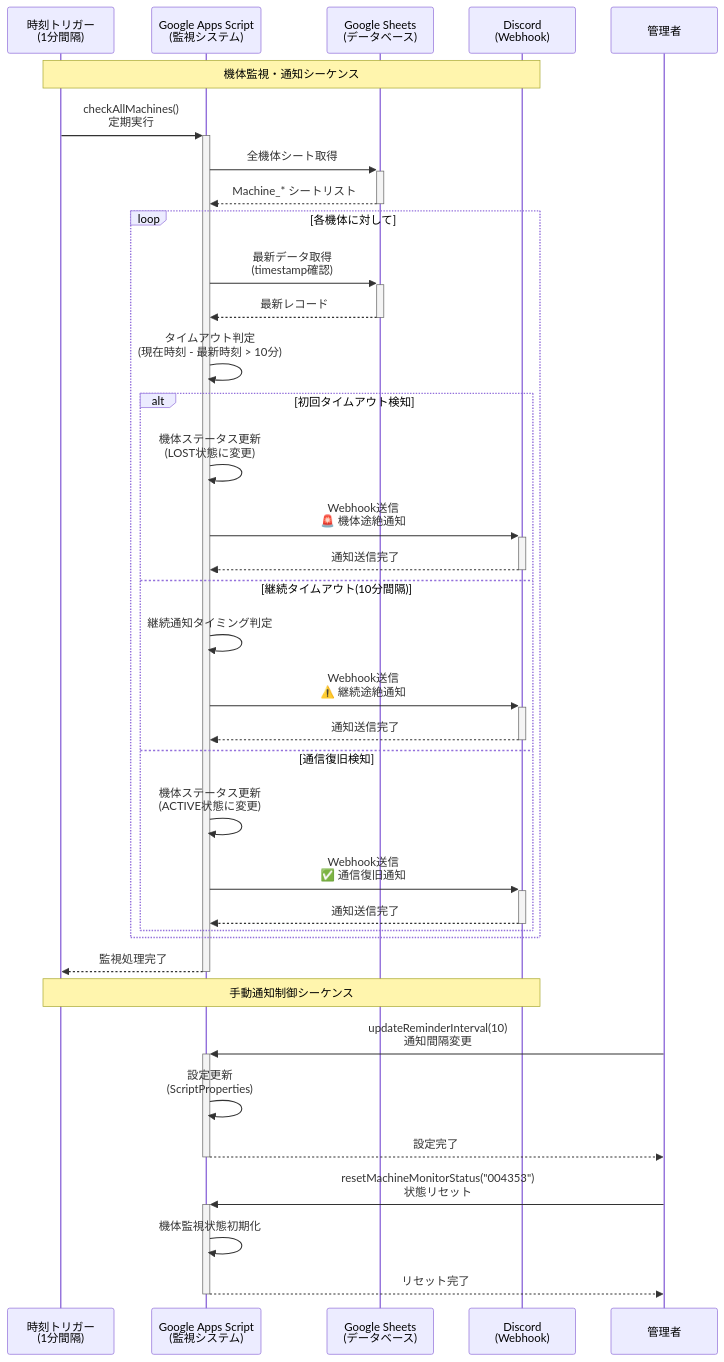
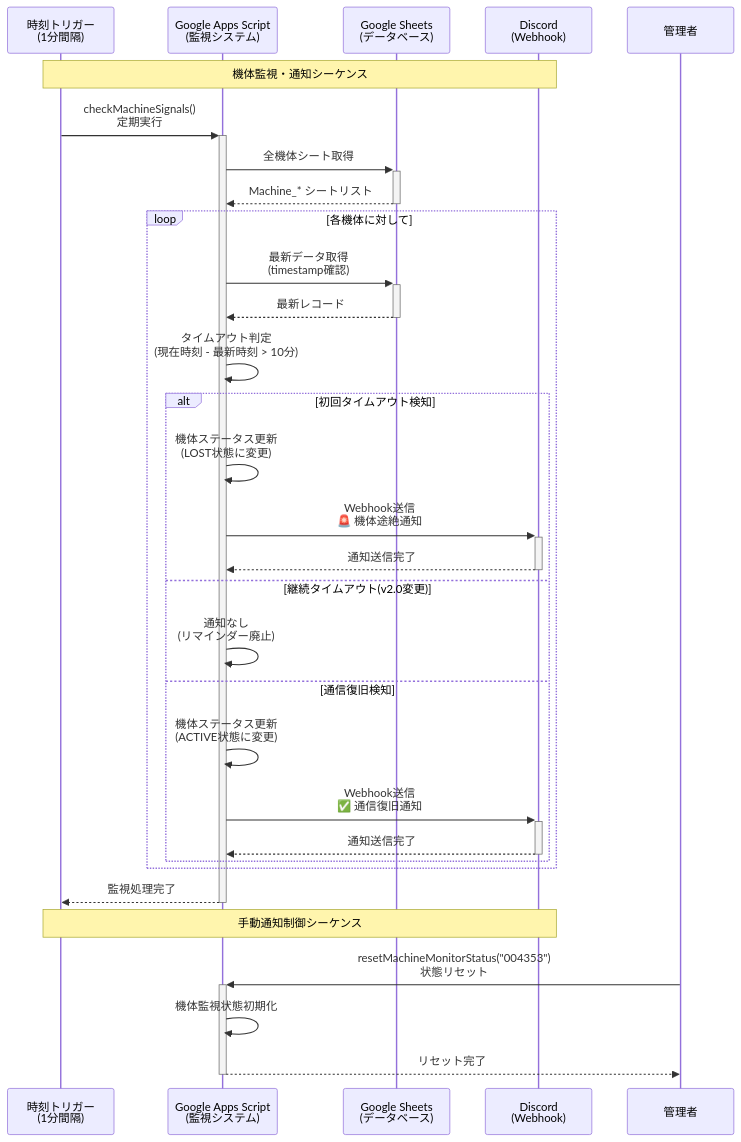
One commit to e-kagaku-Aquatic-Project/Telemetry-Visualization-App changed the third of 10 diagrams in GAS/README.md. Above: the diagram before and after it, drawn with Mermaid. The commit also changed other lines of this file and 2 other files, not shown here.

````diff
--- a/GAS/README.md
+++ b/GAS/README.md
@@ -166,51 +198,45 @@
 ```mermaid
 sequenceDiagram
     participant Trigger as 時刻トリガー<br/>(1分間隔)
     participant GAS as Google Apps Script<br/>(監視システム)
     participant Sheet as Google Sheets<br/>(データベース)
     participant Discord as Discord<br/>(Webhook)
 
     Note over Trigger, Discord: 機体監視・通知シーケンス
-    
-    Trigger->>+GAS: checkAllMachines()<br/>定期実行
-    
+
+    Trigger->>+GAS: checkMachineSignals()<br/>定期実行
+
     GAS->>+Sheet: 全機体シート取得
     Sheet-->>-GAS: Machine_* シートリスト
-    
+
     loop 各機体に対して
         GAS->>+Sheet: 最新データ取得<br/>(timestamp確認)
         Sheet-->>-GAS: 最新レコード
-        
+
         GAS->>GAS: タイムアウト判定<br/>(現在時刻 - 最新時刻 > 10分)
-        
+
         alt 初回タイムアウト検知
             GAS->>GAS: 機体ステータス更新<br/>(LOST状態に変更)
             GAS->>+Discord: Webhook送信<br/>🚨 機体途絶通知
             Discord-->>-GAS: 通知送信完了
-            
-        else 継続タイムアウト(10分間隔)
-            GAS->>GAS: 継続通知タイミング判定
-            GAS->>+Discord: Webhook送信<br/>⚠️ 継続途絶通知
-            Discord-->>-GAS: 通知送信完了
-            
+
+        else 継続タイムアウト(v2.0変更)
+            GAS->>GAS: 通知なし<br/>(リマインダー廃止)
+
         else 通信復旧検知
             GAS->>GAS: 機体ステータス更新<br/>(ACTIVE状態に変更)
             GAS->>+Discord: Webhook送信<br/>✅ 通信復旧通知
             Discord-->>-GAS: 通知送信完了
         end
     end
-    
+
     GAS-->>-Trigger: 監視処理完了
 
     Note over Trigger, Discord: 手動通知制御シーケンス
-    
+
     participant Admin as 管理者
-    
-    Admin->>+GAS: updateReminderInterval(10)<br/>通知間隔変更
-    GAS->>GAS: 設定更新<br/>(ScriptProperties)
-    GAS-->>-Admin: 設定完了
-    
+
     Admin->>+GAS: resetMachineMonitorStatus("004353")<br/>状態リセット
     GAS->>GAS: 機体監視状態初期化
     GAS-->>-Admin: リセット完了
 ```
````
